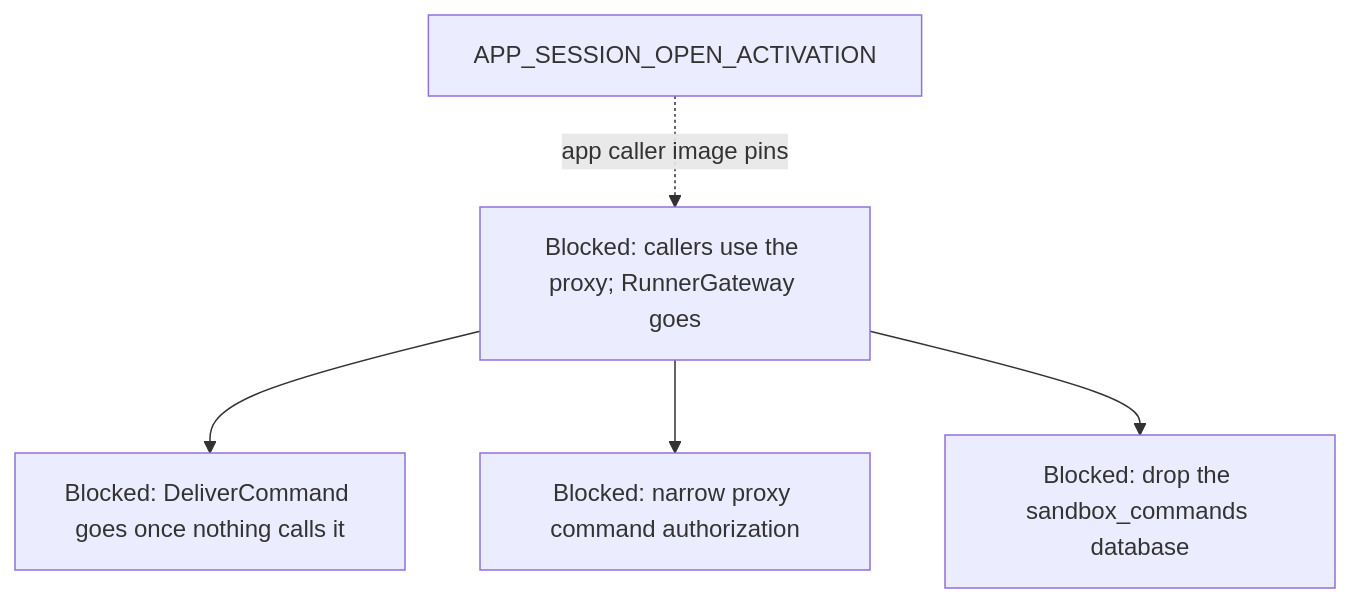
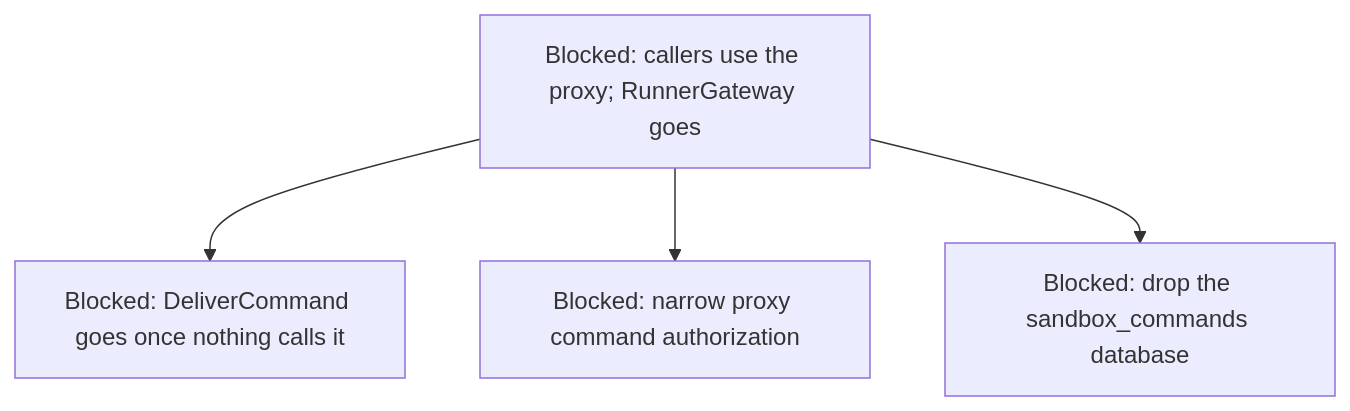
One commit to agentydragon/ducktape changed diagram 16 of 16 in agentplane/plans/task_dag.md. Above: the diagram before and after it, drawn with Mermaid. The commit also changed other lines of this file and 2 other files, not shown here.

````diff
--- a/agentplane/plans/task_dag.md
+++ b/agentplane/plans/task_dag.md
@@ -1221,11 +1166,10 @@
 ```mermaid
 flowchart TD
     RUNNER_COMMAND_RPCS[Blocked: DeliverCommand goes once nothing calls it]
     GATEWAY_WRAPPER_RETIRE --> RUNNER_COMMAND_RPCS
     GATEWAY_WRAPPER_RETIRE[Blocked: callers use the proxy; RunnerGateway goes]
     GATEWAY_DATABASE_DROP[Blocked: drop the sandbox_commands database]
-    APP_SESSION_OPEN_ACTIVATION -. app caller image pins .-> GATEWAY_WRAPPER_RETIRE
     PROXY_START_METHODS_DISPATCHER_ONLY[Blocked: narrow proxy command authorization]
     GATEWAY_WRAPPER_RETIRE --> PROXY_START_METHODS_DISPATCHER_ONLY
     GATEWAY_WRAPPER_RETIRE --> GATEWAY_DATABASE_DROP
 ```
````
